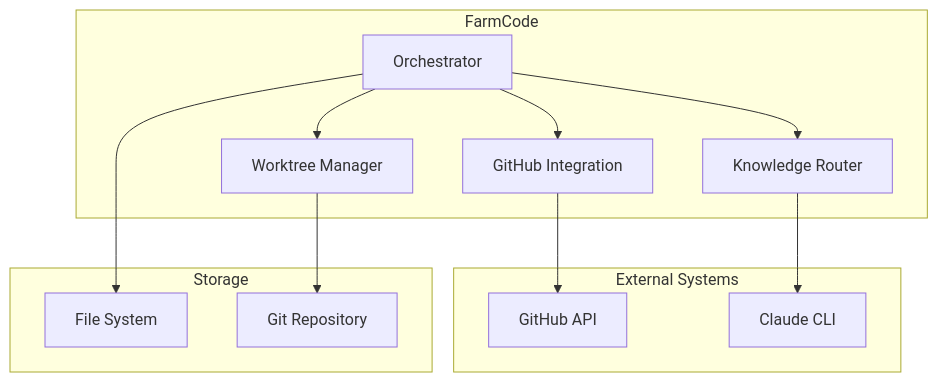
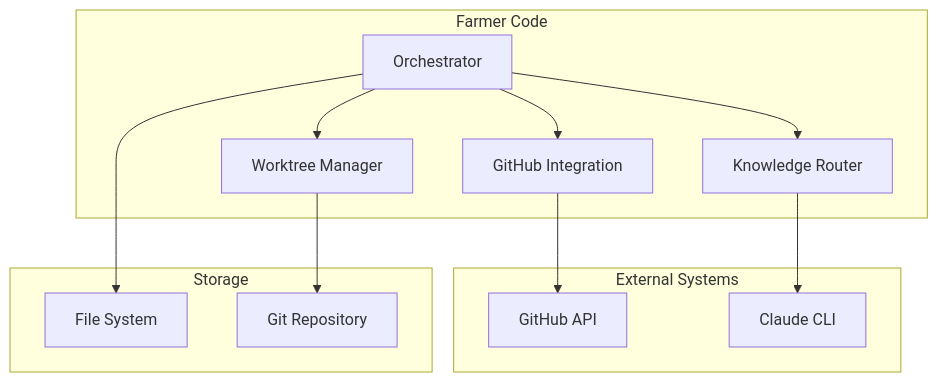
One commit to farmer1st/farmer-code changed the first of 2 diagrams in docs/architecture/README.md. Above: the diagram before and after it, drawn with Mermaid. The commit also changed other lines of this file and 33 other files, not shown here.

First line of the commit message:
chore: rebrand from farmcode to Farmer Code (Feature 007)

````diff
--- a/docs/architecture/README.md
+++ b/docs/architecture/README.md
@@ -25,28 +25,28 @@
 ```mermaid
 graph TB
     subgraph "External Systems"
         GH[GitHub API]
         AI[Claude CLI]
     end
 
-    subgraph "FarmCode"
+    subgraph "Farmer Code"
         ORC[Orchestrator]
         GI[GitHub Integration]
         WM[Worktree Manager]
         KR[Knowledge Router]
     end
 
     subgraph "Storage"
         FS[File System]
         GIT[Git Repository]
     end
 
     ORC --> GI
     ORC --> WM
     ORC --> KR
 
     GI --> GH
     KR --> AI
     WM --> GIT
     ORC --> FS
 ```
````
